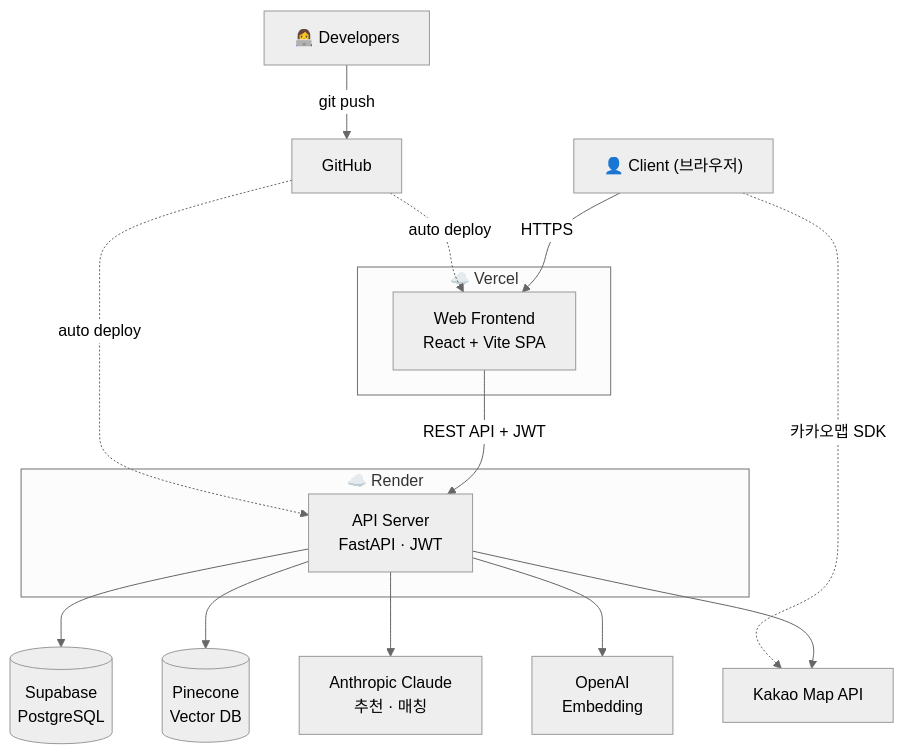
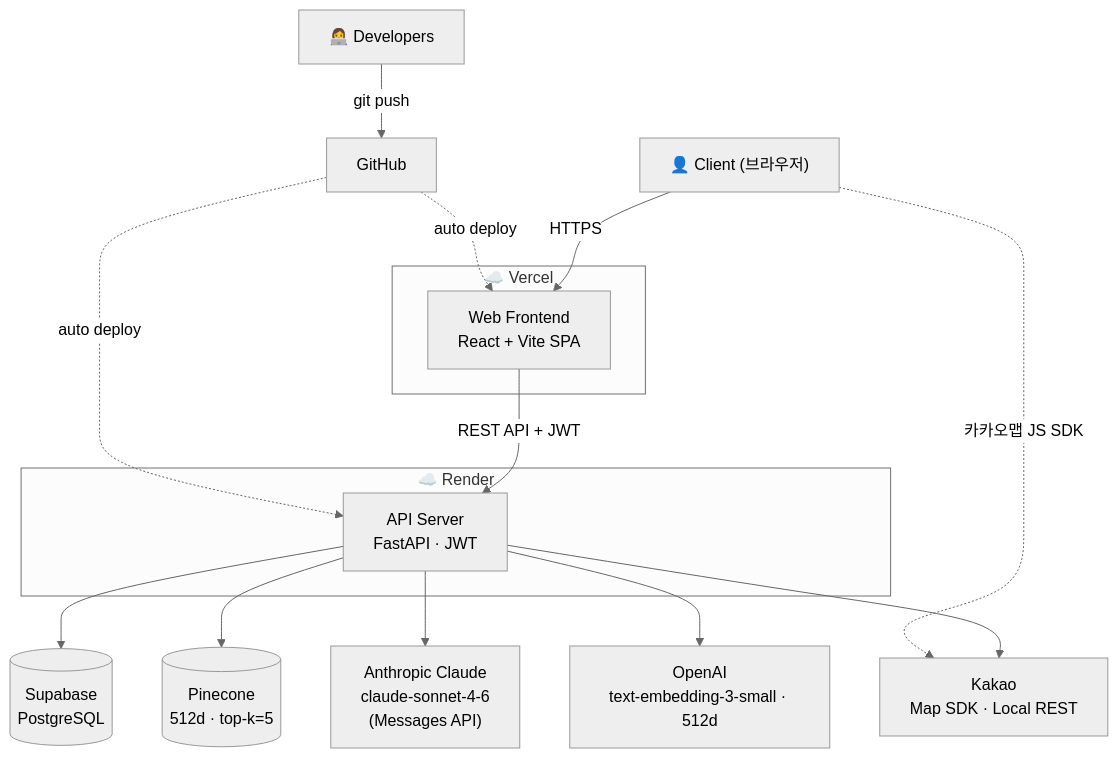
The fifth of 6 diagrams in README.md (hanulkimm/biz-lunch-lab), drawn with Mermaid (neutral theme) before and after one commit. The commit also changed other lines of this file, not shown here.

````diff
--- a/README.md
+++ b/README.md
@@ -110,24 +134,24 @@
 ```mermaid
 flowchart TD
     Dev["👩‍💻 Developers"] -->|git push| GH["GitHub"]
     GH -. auto deploy .-> FE
     GH -. auto deploy .-> API
 
     Client["👤 Client (브라우저)"] -->|HTTPS| FE
-    Client -. 카카오맵 SDK .-> KAKAO["Kakao Map API"]
+    Client -. 카카오맵 JS SDK .-> KAKAO["Kakao<br/>Map SDK · Local REST"]
 
     subgraph Vercel["☁️ Vercel"]
         FE["Web Frontend<br/>React + Vite SPA"]
     end
     subgraph Render["☁️ Render"]
         API["API Server<br/>FastAPI · JWT"]
     end
 
     FE -->|"REST API + JWT"| API
 
     API --> DB[("Supabase<br/>PostgreSQL")]
-    API --> VEC[("Pinecone<br/>Vector DB")]
-    API --> LLM["Anthropic Claude<br/>추천 · 매칭"]
-    API --> EMB["OpenAI<br/>Embedding"]
+    API --> VEC[("Pinecone<br/>512d · top-k=5")]
+    API --> LLM["Anthropic Claude<br/>claude-sonnet-4-6<br/>(Messages API)"]
+    API --> EMB["OpenAI<br/>text-embedding-3-small · 512d"]
     API --> KAKAO
 ```
````
